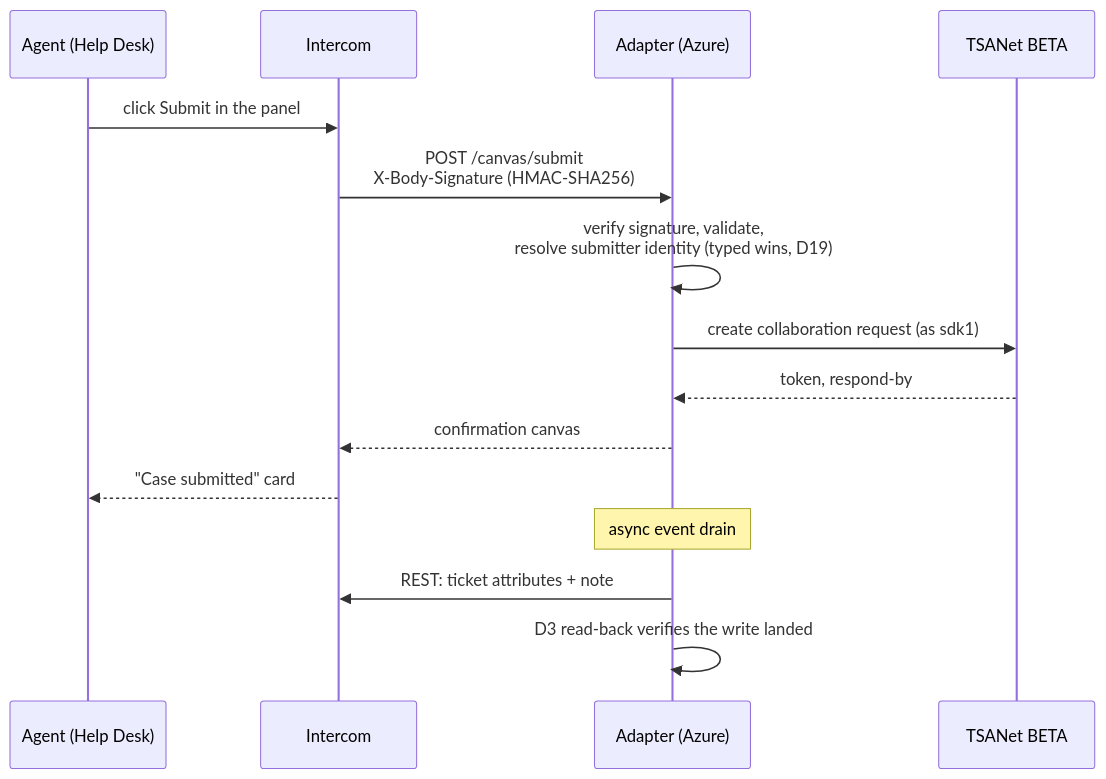
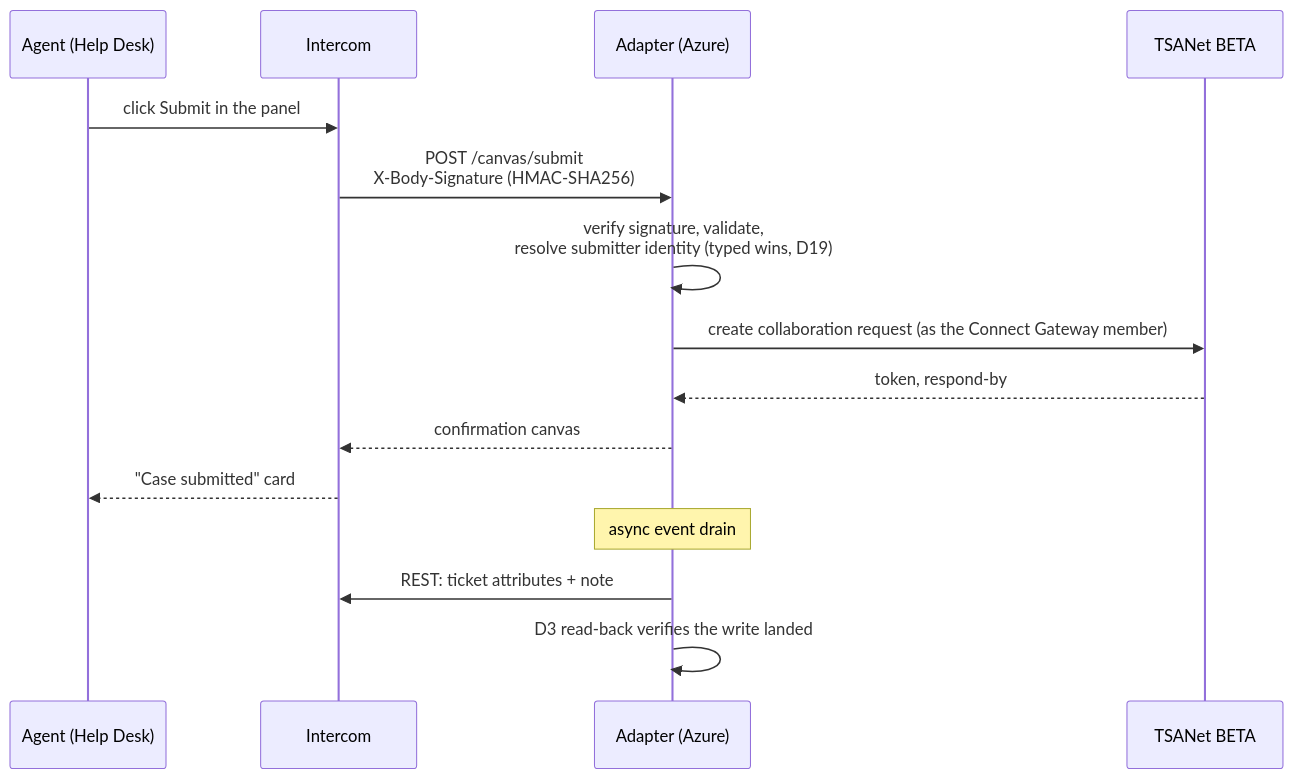
Before and after one commit to tsanetgit/Fin-Intercom_App: the third of 5 diagrams in docs/AZURE_DEPLOYMENT.md, drawn with Mermaid. The commit also changed other lines of this file and 3 other files, not shown here.

````diff
--- a/docs/AZURE_DEPLOYMENT.md
+++ b/docs/AZURE_DEPLOYMENT.md
@@ -97,18 +97,18 @@
 ```mermaid
 sequenceDiagram
     participant A as Agent (Help Desk)
     participant I as Intercom
     participant G as Adapter (Azure)
     participant T as TSANet BETA
 
     A->>I: click Submit in the panel
     I->>G: POST /canvas/submit<br/>X-Body-Signature (HMAC-SHA256)
     G->>G: verify signature, validate,<br/>resolve submitter identity (typed wins, D19)
-    G->>T: create collaboration request (as sdk1)
+    G->>T: create collaboration request (as the Connect Gateway member)
     T-->>G: token, respond-by
     G-->>I: confirmation canvas
     I-->>A: "Case submitted" card
     Note over G: async event drain
     G->>I: REST: ticket attributes + note
     G->>G: D3 read-back verifies the write landed
 ```
````
